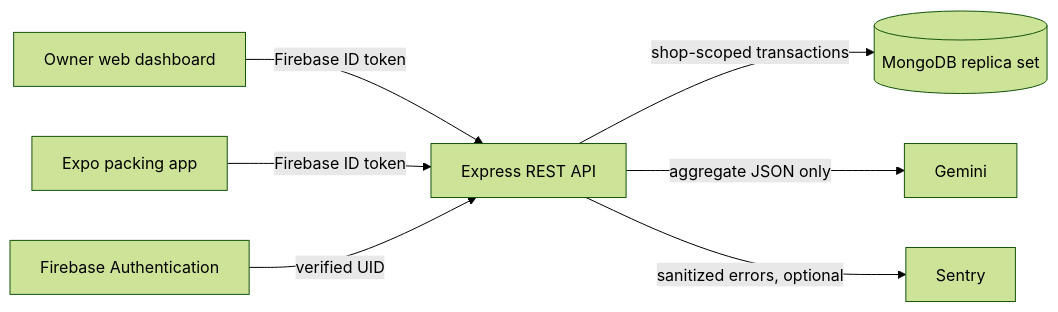
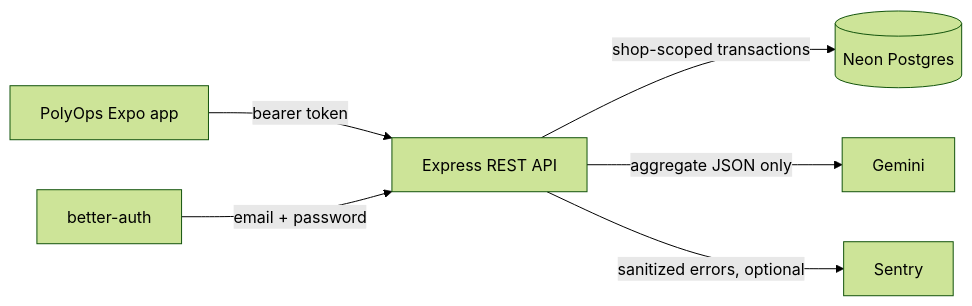
One commit to rajatrsrivastav/polyops changed the diagram in README.md. Above: the diagram before and after it, drawn with Mermaid (forest theme). The commit also changed other lines of this file and 14 other files, not shown here.

````diff
--- a/README.md
+++ b/README.md
@@ -23,9 +13,8 @@
 ```mermaid
 flowchart LR
-  Owner[Owner web dashboard] -->|Firebase ID token| API[Express REST API]
-  Staff[Expo packing app] -->|Firebase ID token| API
-  Auth[Firebase Authentication] -->|verified UID| API
-  API -->|shop-scoped transactions| Mongo[(MongoDB replica set)]
-  API -->|aggregate JSON only| Gemini[Gemini]
-  API -->|sanitized errors, optional| Sentry[Sentry]
+  App["PolyOps Expo app"] -->|bearer token| API["Express REST API"]
+  Auth["better-auth"] -->|email + password| API
+  API -->|shop-scoped transactions| PG[("Neon Postgres")]
+  API -->|aggregate JSON only| Gemini["Gemini"]
+  API -->|sanitized errors, optional| Sentry["Sentry"]
 ```
````
